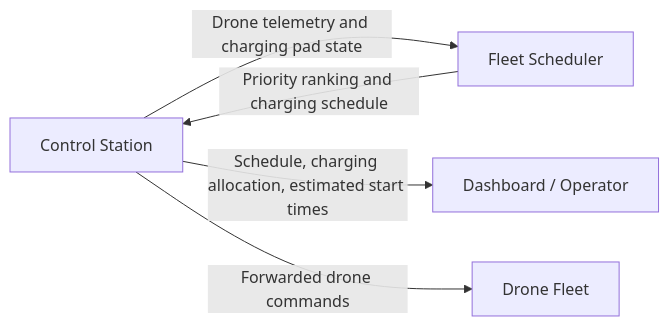
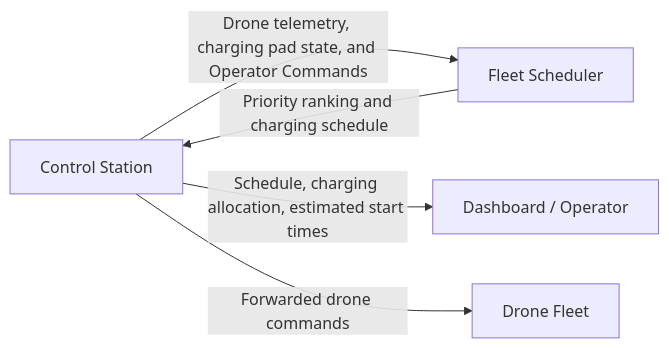
The diagram in README.md (Capstone-DRONE21/fleet_scheduler), drawn with Mermaid before and after one commit. The commit also changed other lines of this file, not shown here.

First line of the commit message:
Add operator commands to inputs and fix spelling

````diff
--- a/README.md
+++ b/README.md
@@ -68,10 +69,10 @@
 ```mermaid
 flowchart LR
     CS[Control Station]
     FS[Fleet Scheduler]
 
-    CS -->|Drone telemetry and charging pad state| FS
+    CS -->|Drone telemetry, charging pad state, and Operator Commands | FS
     FS -->|Priority ranking and charging schedule| CS
     CS -->|Schedule, charging allocation, estimated start times| OUT[Dashboard / Operator]
     CS -->|Forwarded drone commands| D[Drone Fleet]
 ```
````
